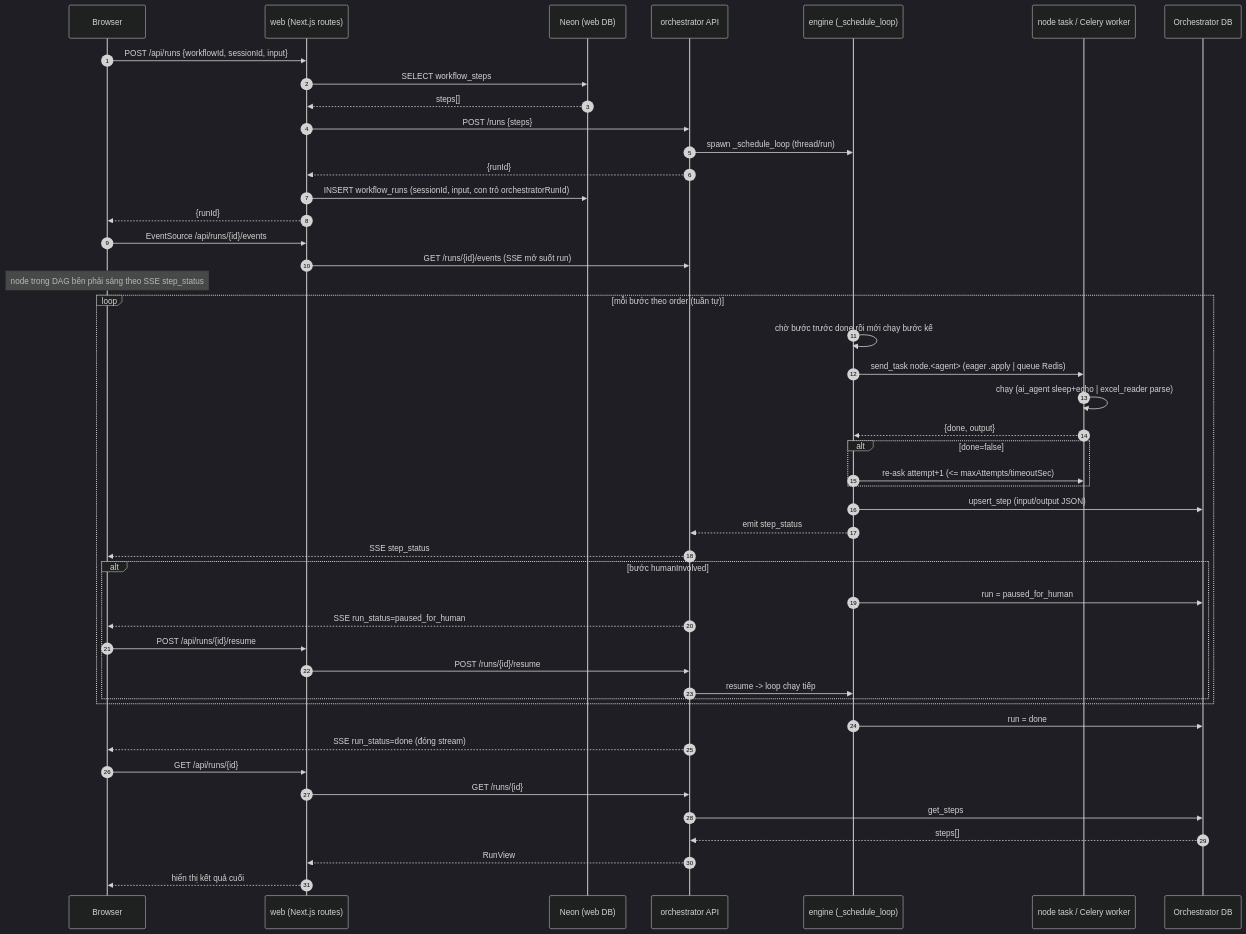
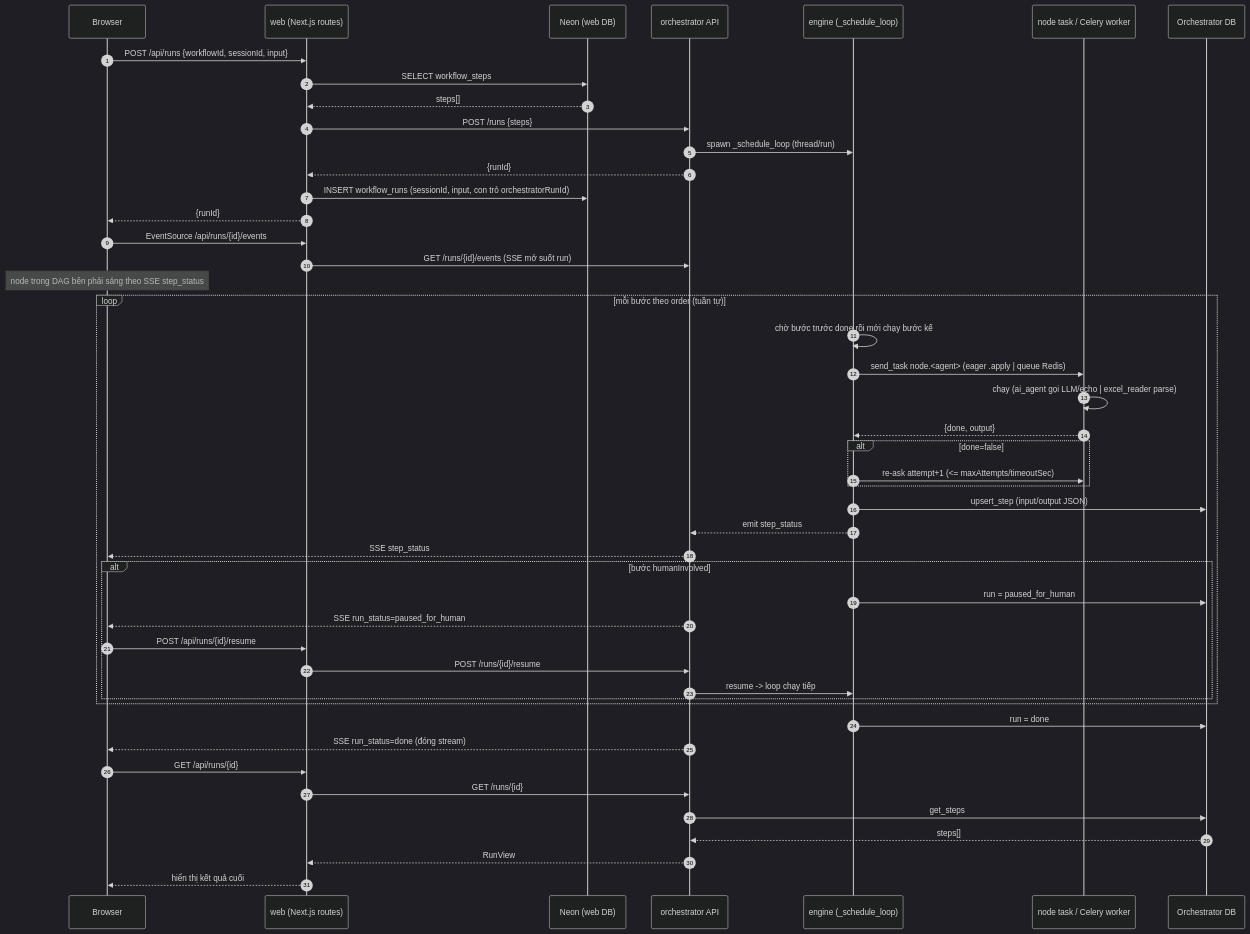
One commit to dzgod1905/AIVL changed the second of 3 diagrams in docs/overview.md. Above: the diagram before and after it, drawn with Mermaid (dark theme). The commit also changed other lines of this file and 23 other files, not shown here.

````diff
--- a/docs/overview.md
+++ b/docs/overview.md
@@ -90,53 +91,53 @@
 ```mermaid
 sequenceDiagram
     autonumber
     participant B as Browser
     participant W as web (Next.js routes)
     participant N as Neon (web DB)
     participant O as orchestrator API
     participant E as engine (_schedule_loop)
     participant K as node task / Celery worker
     participant D as Orchestrator DB
 
     B->>W: POST /api/runs {workflowId, sessionId, input}
     W->>N: SELECT workflow_steps
     N-->>W: steps[]
     W->>O: POST /runs {steps}
     O->>E: spawn _schedule_loop (thread/run)
     O-->>W: {runId}
     W->>N: INSERT workflow_runs (sessionId, input, con trỏ orchestratorRunId)
     W-->>B: {runId}
 
     B->>W: EventSource /api/runs/{id}/events
     W->>O: GET /runs/{id}/events (SSE mở suốt run)
     Note over B: node trong DAG bên phải sáng theo SSE step_status
 
     loop mỗi bước theo order (tuần tự)
         E->>E: chờ bước trước done rồi mới chạy bước kế
         E->>K: send_task node.<agent> (eager .apply | queue Redis)
-        K->>K: chạy (ai_agent sleep+echo | excel_reader parse)
+        K->>K: chạy (ai_agent gọi LLM/echo | excel_reader parse)
         K-->>E: {done, output}
         alt done=false
             E->>K: re-ask attempt+1 (<= maxAttempts/timeoutSec)
         end
         E->>D: upsert_step (input/output JSON)
         E-->>O: emit step_status
         O-->>B: SSE step_status
         alt bước humanInvolved
             E->>D: run = paused_for_human
             O-->>B: SSE run_status=paused_for_human
             B->>W: POST /api/runs/{id}/resume
             W->>O: POST /runs/{id}/resume
             O->>E: resume -> loop chạy tiếp
         end
     end
 
     E->>D: run = done
     O-->>B: SSE run_status=done (đóng stream)
     B->>W: GET /api/runs/{id}
     W->>O: GET /runs/{id}
     O->>D: get_steps
     D-->>O: steps[]
     O-->>W: RunView
     W-->>B: hiển thị kết quả cuối
 ```
````
